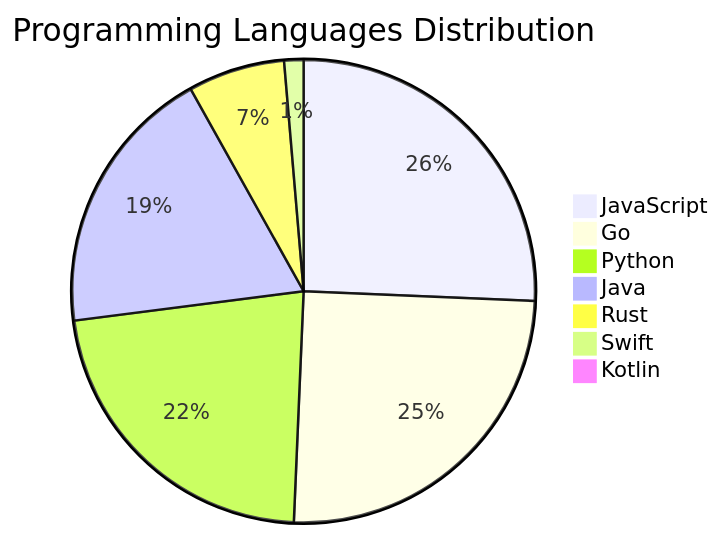
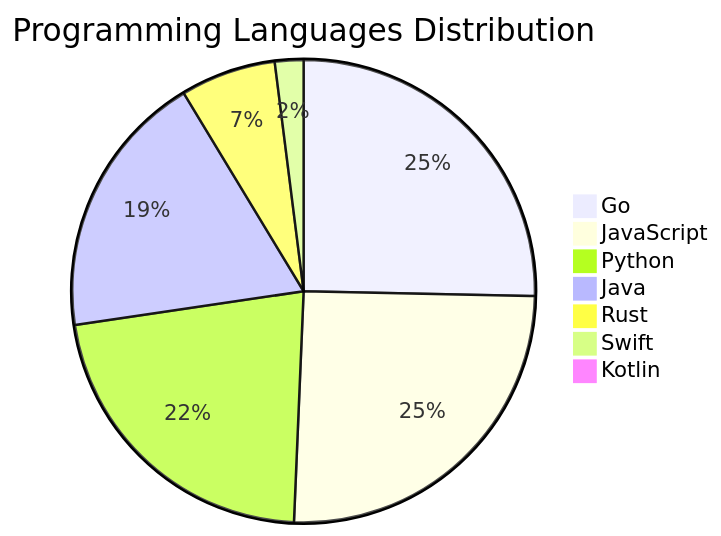
One commit to Derrick-MUGISHA/github-activity-bot changed the diagram in README.md. Above: the diagram before and after it, drawn with Mermaid. The commit also changed other lines of this file and 4 other files, not shown here.

````diff
--- a/README.md
+++ b/README.md
@@ -207,10 +207,10 @@
 ```mermaid
 pie title Programming Languages Distribution
+    "Go" : 38
     "JavaScript" : 38
-    "Go" : 37
     "Python" : 33
     "Java" : 28
     "Rust" : 10
-    "Swift" : 2
+    "Swift" : 3
     "Kotlin" : 1
 ```
````
